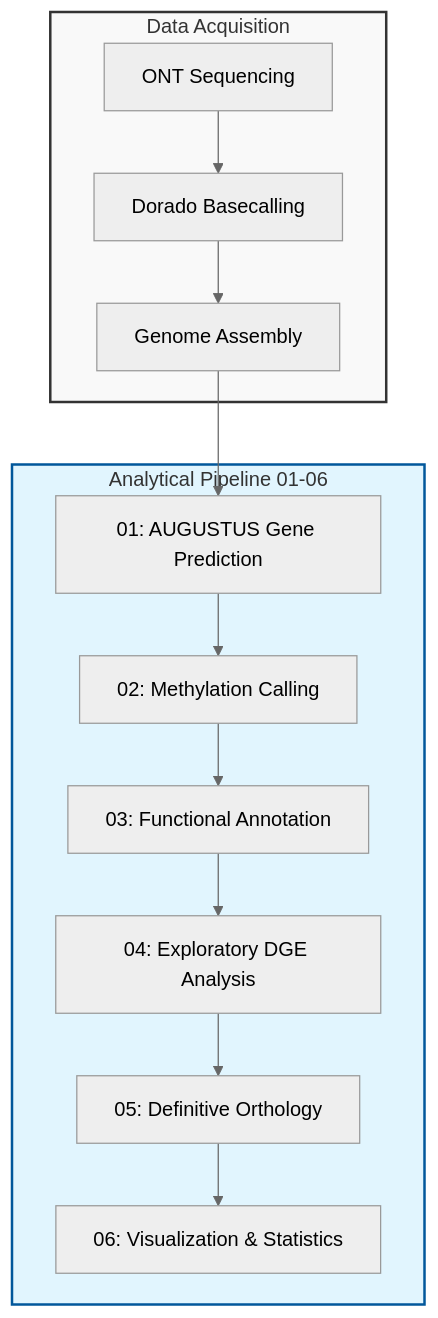
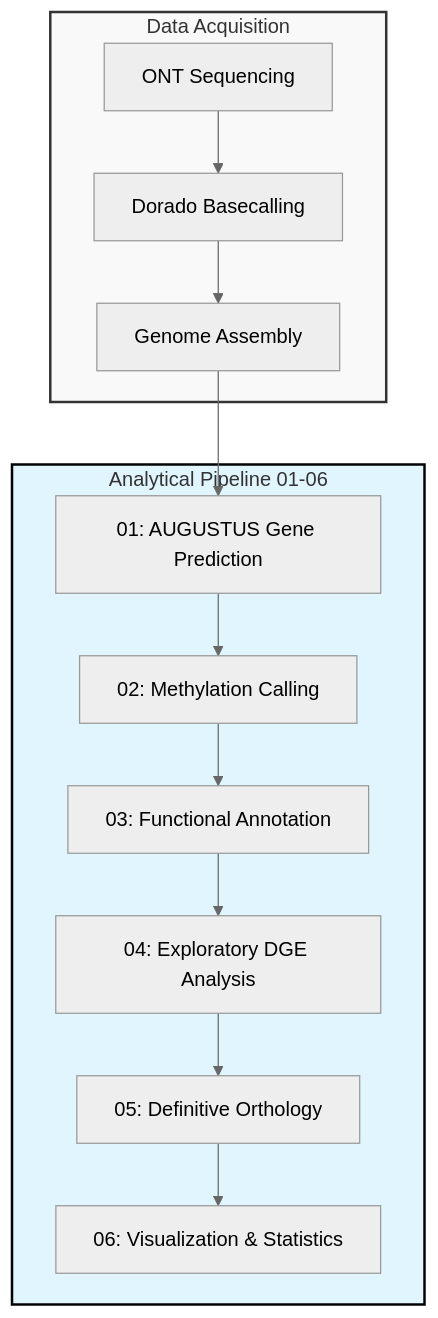
One commit to Koutsa866/Synalpheus-Methylation-Comparative-Analysis changed the diagram in README.md. Above: the diagram before and after it, drawn with Mermaid (neutral theme).

````diff
--- a/README.md
+++ b/README.md
@@ -107,23 +107,23 @@
 ```mermaid
 graph TD
     %% Upstream Data Acquisition
     subgraph Data_Acquisition [Data Acquisition]
         A[ONT Sequencing] --> B[Dorado Basecalling]
         B --> C[Genome Assembly]
     end
 
     %% The Analytical Pipeline (01-06)
     subgraph Analysis_Pipeline [Analytical Pipeline 01-06]
         C --> D[01: AUGUSTUS Gene Prediction]
         D --> E[02: Methylation Calling]
         E --> F[03: Functional Annotation]
         F --> G[04: Exploratory DGE Analysis]
         G --> H[05: Definitive Orthology]
         H --> I[06: Visualization & Statistics]
     end
 
     %% Style definitions
     style Data_Acquisition fill:#f9f9f9,stroke:#333,stroke-width:2px
-    style Analysis_Pipeline fill:#e1f5fe,stroke:#01579b,stroke-width:2px
+    style Analysis_Pipeline fill:#e1f5fe,stroke:#030303,stroke-width:2px
 
 ```
````
